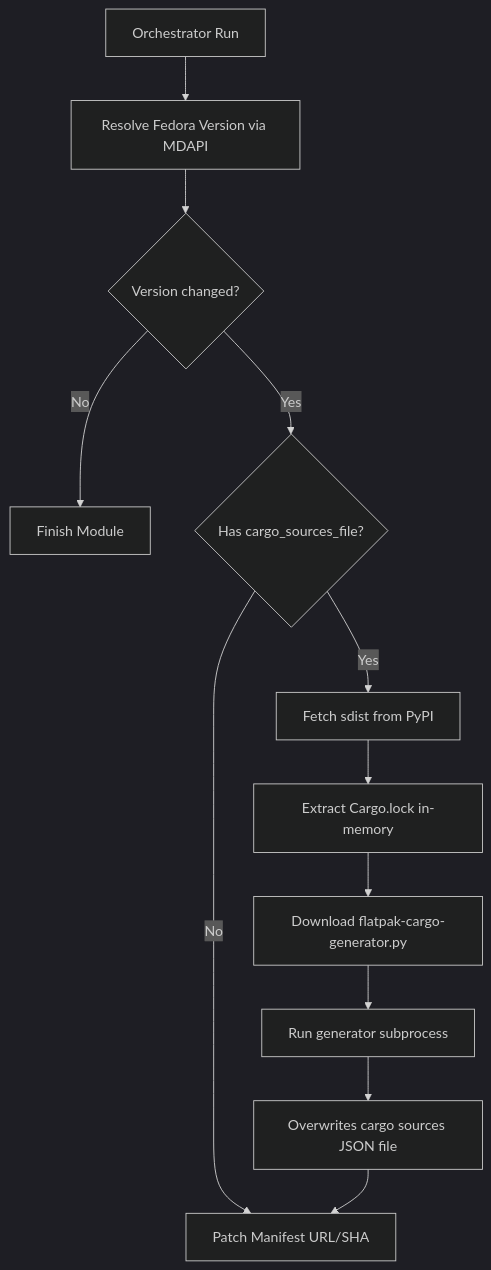
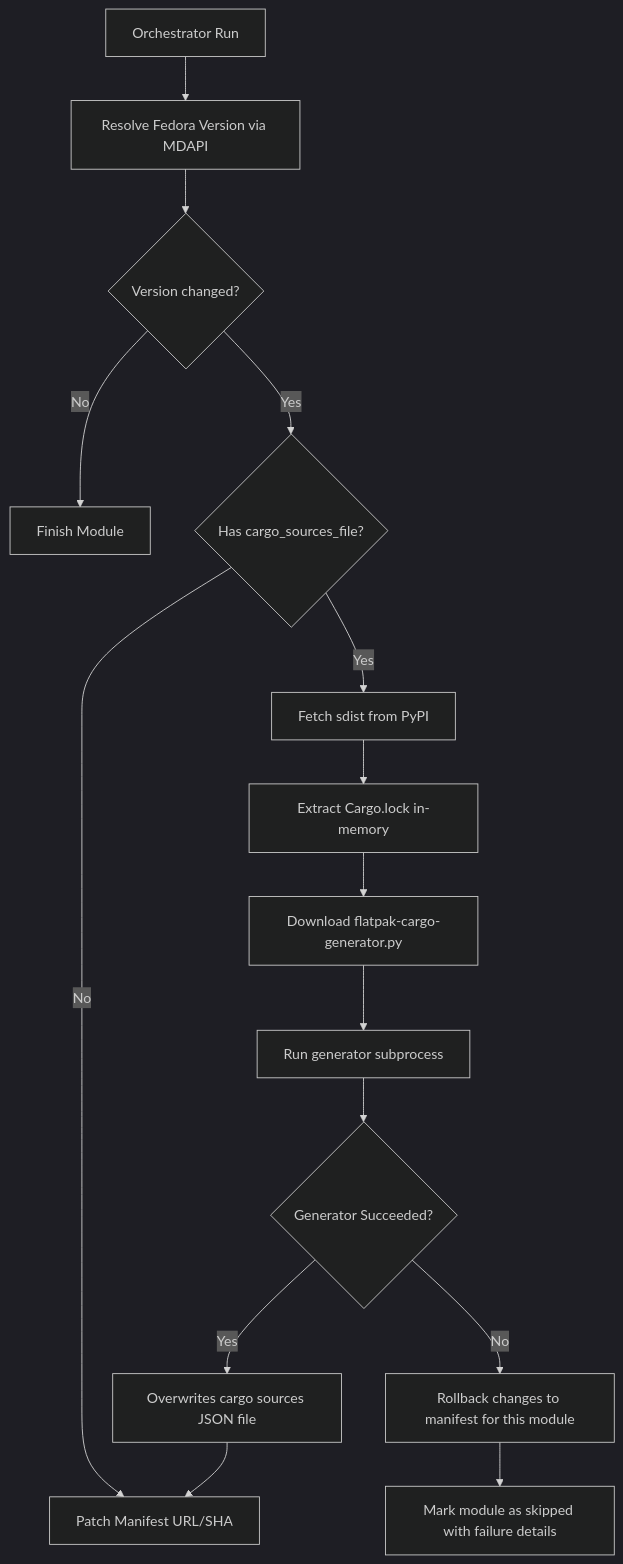
The diagram in docs/superpowers/specs/2026-07-17-automate-cargo-lock-updates-design.md (flathub/com.protonvpn.www), drawn with Mermaid (dark theme) before and after one commit. The commit also changed other lines of this file, not shown here.

Commit message:
docs: update spec with grill-me decisions

````diff
--- a/docs/superpowers/specs/2026-07-17-automate-cargo-lock-updates-design.md
+++ b/docs/superpowers/specs/2026-07-17-automate-cargo-lock-updates-design.md
@@ -46,14 +47,17 @@
 ```mermaid
 flowchart TD
     A[Orchestrator Run] --> B[Resolve Fedora Version via MDAPI]
     B --> C{Version changed?}
     C -->|No| D[Finish Module]
     C -->|Yes| E{Has cargo_sources_file?}
     E -->|No| F[Patch Manifest URL/SHA]
     E -->|Yes| G[Fetch sdist from PyPI]
     G --> H[Extract Cargo.lock in-memory]
     H --> I[Download flatpak-cargo-generator.py]
     I --> J[Run generator subprocess]
-    J --> K[Overwrites cargo sources JSON file]
-    K --> F
+    J --> K{Generator Succeeded?}
+    K -->|Yes| L[Overwrites cargo sources JSON file]
+    K -->|No| M[Rollback changes to manifest for this module]
+    L --> F
+    M --> N[Mark module as skipped with failure details]
 ```
````
